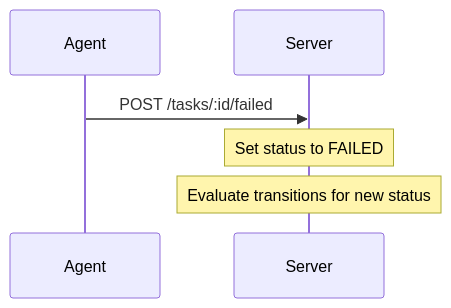
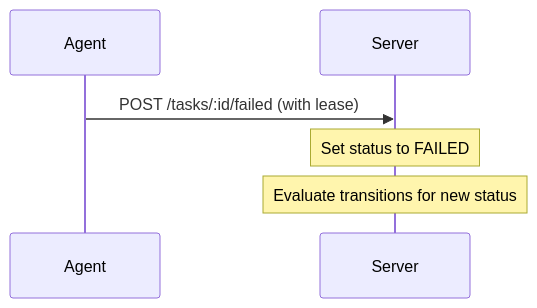
One commit to jorisvddonk/sheetbot changed the second of 3 diagrams in docs/reference/protocol.md. Above: the diagram before and after it, drawn with Mermaid. The commit also changed other lines of this file and 9 other files, not shown here.

````diff
--- a/docs/reference/protocol.md
+++ b/docs/reference/protocol.md
@@ -25,9 +30,9 @@
 ```mermaid
 sequenceDiagram
     participant Agent
     participant Server
 
-    Agent->>Server: POST /tasks/:id/failed
+    Agent->>Server: POST /tasks/:id/failed (with lease)
     Note over Server: Set status to FAILED
     Note over Server: Evaluate transitions for new status
 ```
````
